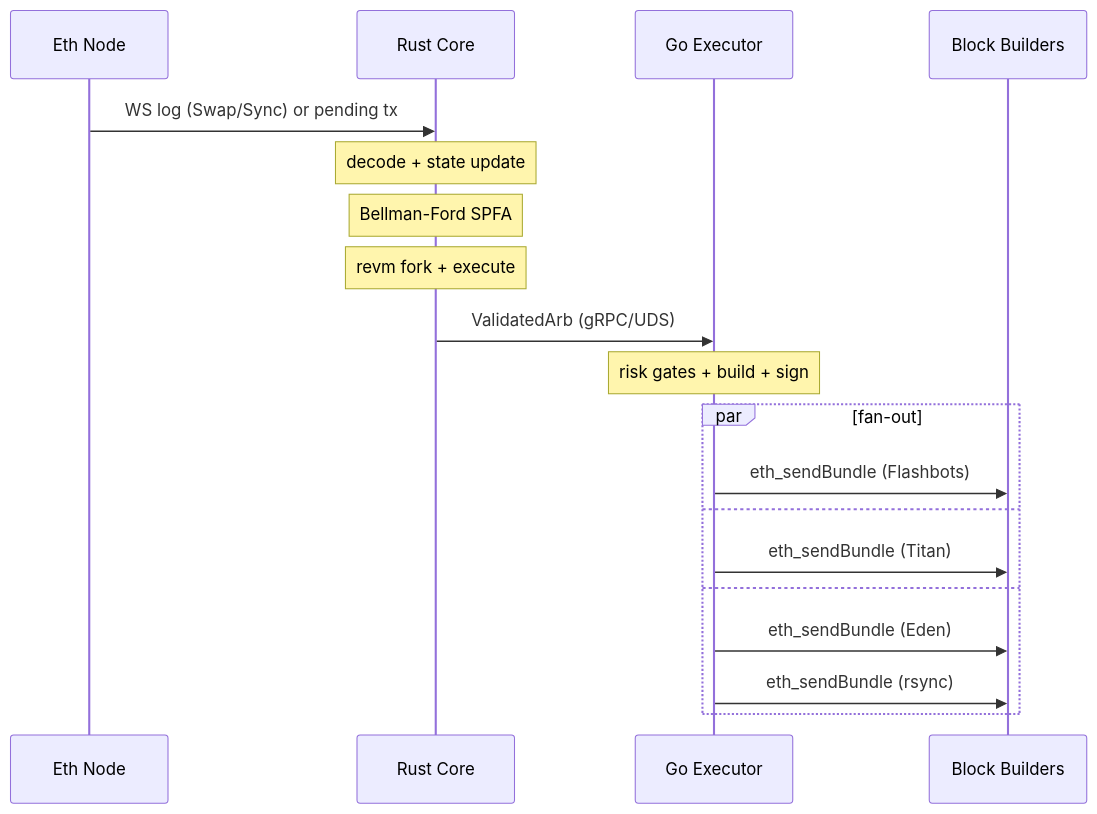
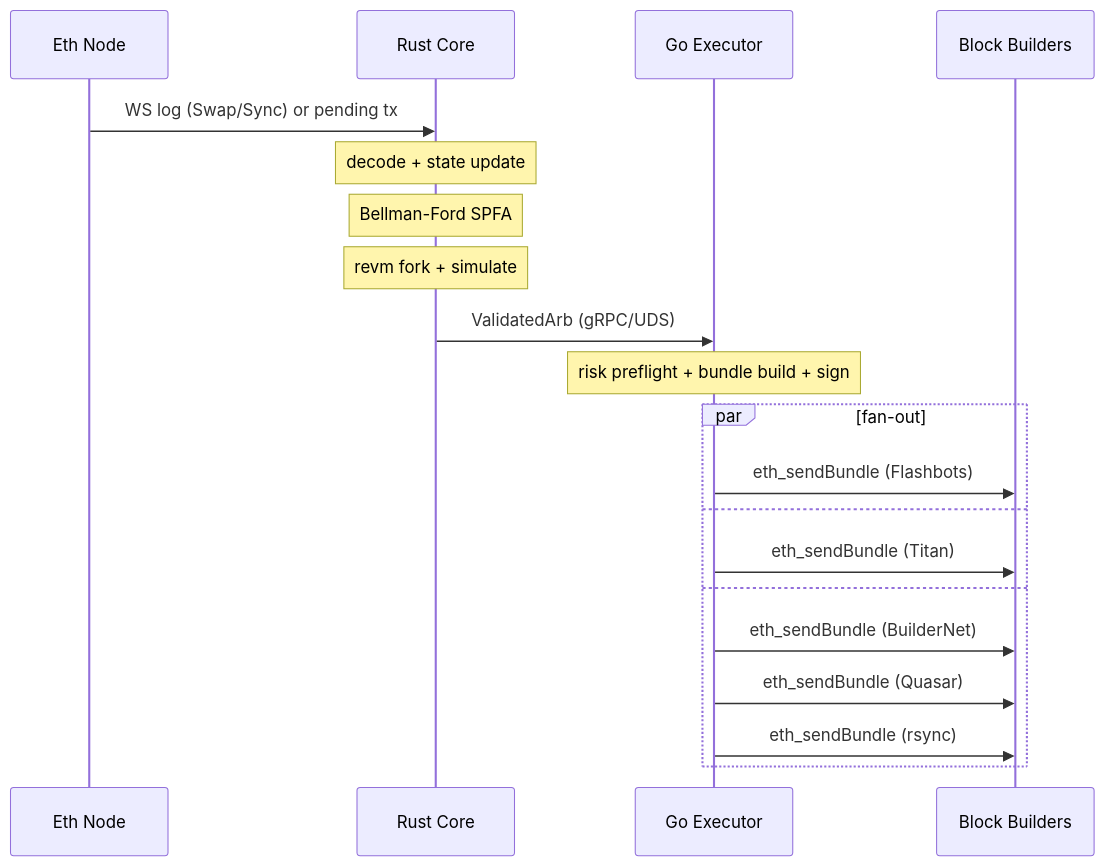
One commit to Denis123-rg/Aether changed the second of 3 diagrams in README.md. Above: the diagram before and after it, drawn with Mermaid. The commit also changed other lines of this file and 1 other file, not shown here.

Commit message:
docs: rewrite README with banner, accurate architecture, full documentation

````diff
--- a/README.md
+++ b/README.md
@@ -101,22 +112,23 @@
 ```mermaid
 sequenceDiagram
     participant Node as Eth Node
     participant Rust as Rust Core
     participant Go as Go Executor
     participant B as Block Builders
 
     Node->>Rust: WS log (Swap/Sync) or pending tx
     Note over Rust: decode + state update
     Note over Rust: Bellman-Ford SPFA
-    Note over Rust: revm fork + execute
+    Note over Rust: revm fork + simulate
     Rust->>Go: ValidatedArb (gRPC/UDS)
-    Note over Go: risk gates + build + sign
+    Note over Go: risk preflight + bundle build + sign
     par fan-out
         Go->>B: eth_sendBundle (Flashbots)
     and
         Go->>B: eth_sendBundle (Titan)
     and
-        Go->>B: eth_sendBundle (Eden)
+        Go->>B: eth_sendBundle (BuilderNet)
+        Go->>B: eth_sendBundle (Quasar)
         Go->>B: eth_sendBundle (rsync)
     end
 ```
````
